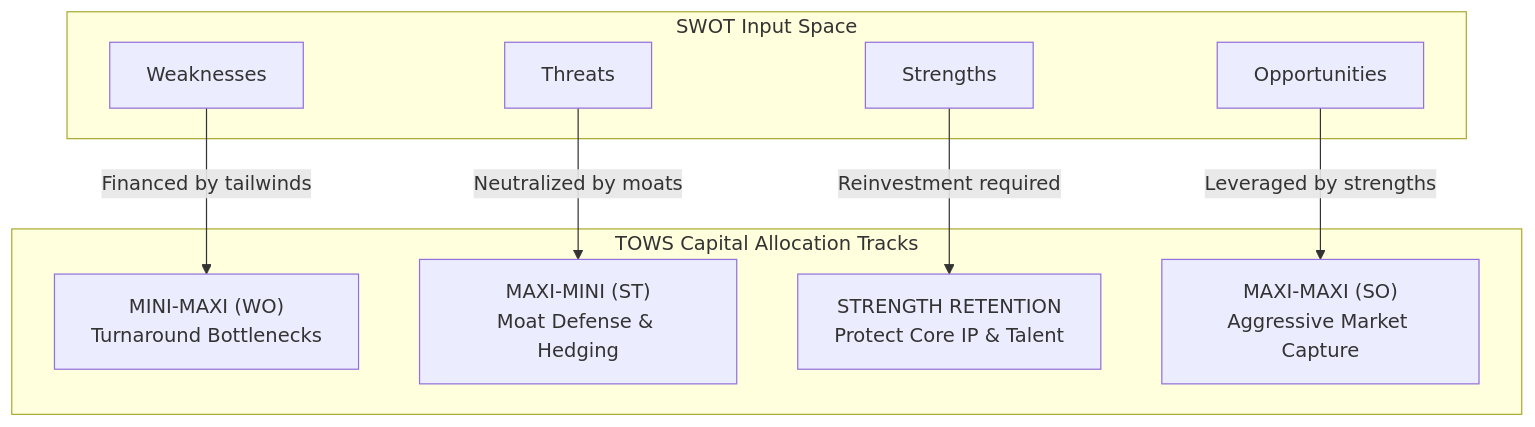
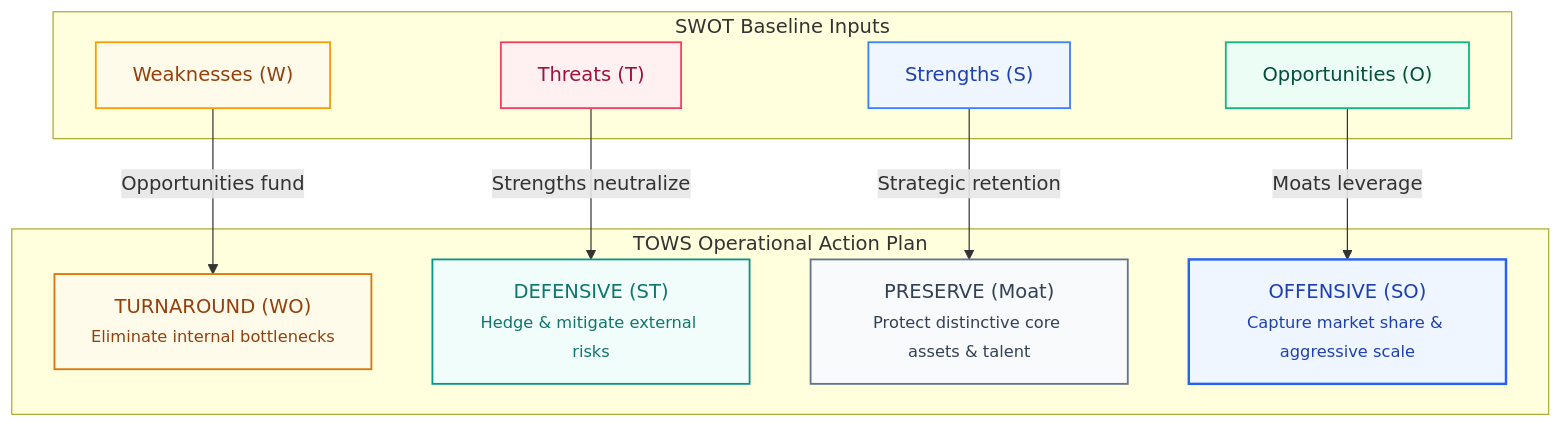
The third of 4 diagrams in content/en/posts/quantitative-swot-tows-matrix/index.md (Dalaez/datalaria-website), drawn with Mermaid before and after one commit. The commit also changed other lines of this file and 32 other files, not shown here.

````diff
--- a/content/en/posts/quantitative-swot-tows-matrix/index.md
+++ b/content/en/posts/quantitative-swot-tows-matrix/index.md
@@ -165,21 +200,31 @@
-```mermaid
+{{< mermaid >}}
 flowchart TD
-    subgraph SWOT_IN["SWOT Input Space"]
-        W[Weaknesses]
-        T[Threats]
-        S[Strengths]
-        O[Opportunities]
+    subgraph SWOT_IN["SWOT Baseline Inputs"]
+        W["Weaknesses (W)"]
+        T["Threats (T)"]
+        S["Strengths (S)"]
+        O["Opportunities (O)"]
     end
 
-    subgraph TOWS_OUT["TOWS Capital Allocation Tracks"]
-        WO["MINI-MAXI (WO)<br/>Turnaround Bottlenecks"]
-        ST["MAXI-MINI (ST)<br/>Moat Defense & Hedging"]
-        S_DEF["STRENGTH RETENTION<br/>Protect Core IP & Talent"]
-        SO["MAXI-MAXI (SO)<br/>Aggressive Market Capture"]
+    subgraph TOWS_OUT["TOWS Operational Action Plan"]
+        WO["TURNAROUND (WO)<br/><small>Eliminate internal bottlenecks</small>"]
+        ST["DEFENSIVE (ST)<br/><small>Hedge & mitigate external risks</small>"]
+        MOAT["PRESERVE (Moat)<br/><small>Protect distinctive core assets & talent</small>"]
+        SO["OFFENSIVE (SO)<br/><small>Capture market share & aggressive scale</small>"]
     end
 
-    W -->|Financed by tailwinds| WO
-    T -->|Neutralized by moats| ST
-    S -->|Reinvestment required| S_DEF
-    O -->|Leveraged by strengths| SO
-```
+    W -->|Opportunities fund| WO
+    T -->|Strengths neutralize| ST
+    S -->|Strategic retention| MOAT
+    O -->|Moats leverage| SO
+
+    style W fill:#FFFBEB,stroke:#F59E0B,stroke-width:1.5px,color:#92400E
+    style T fill:#FFF1F2,stroke:#F43F5E,stroke-width:1.5px,color:#9F1239
+    style S fill:#EFF6FF,stroke:#3B82F6,stroke-width:1.5px,color:#1E40AF
+    style O fill:#ECFDF5,stroke:#10B981,stroke-width:1.5px,color:#064E3B
+
+    style WO fill:#FFFBEB,stroke:#D97706,stroke-width:1.5px,color:#92400E
+    style ST fill:#F0FDFA,stroke:#0D9488,stroke-width:1.5px,color:#0F766E
+    style MOAT fill:#F8FAFC,stroke:#64748B,stroke-width:1.5px,color:#334155
+    style SO fill:#EFF6FF,stroke:#2563EB,stroke-width:2px,color:#1E40AF
+{{< /mermaid >}}
````
